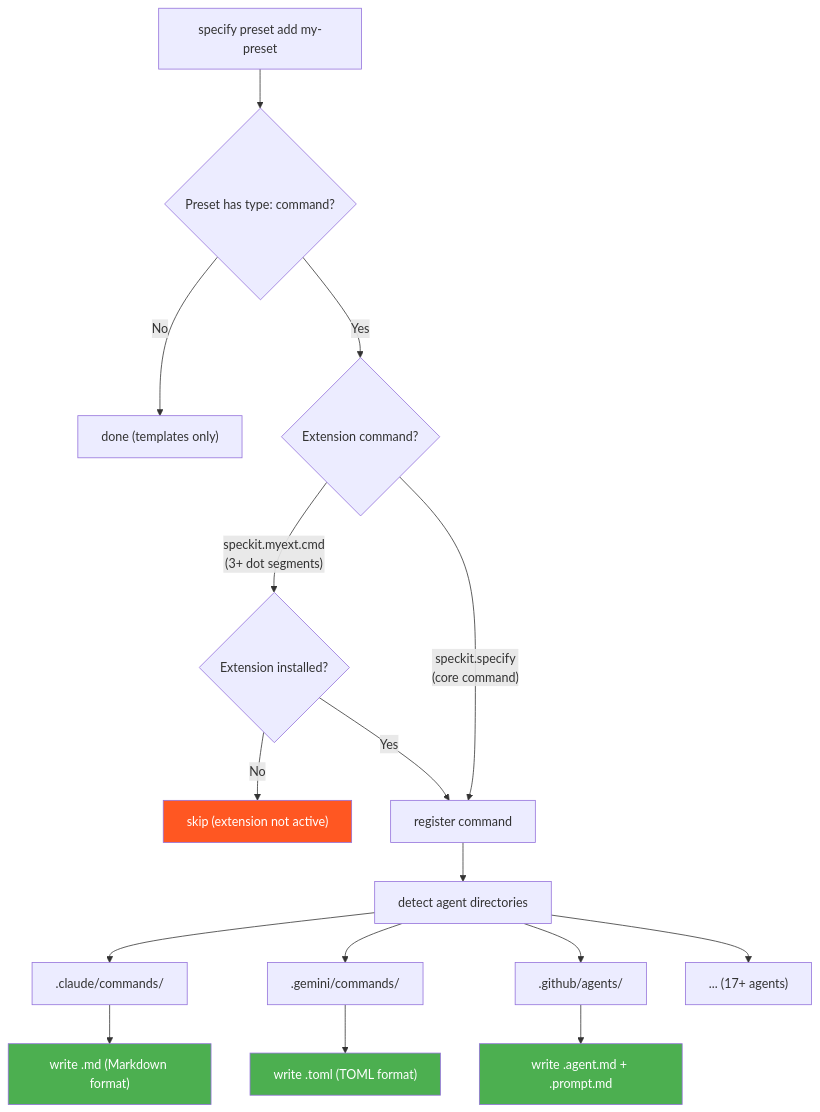
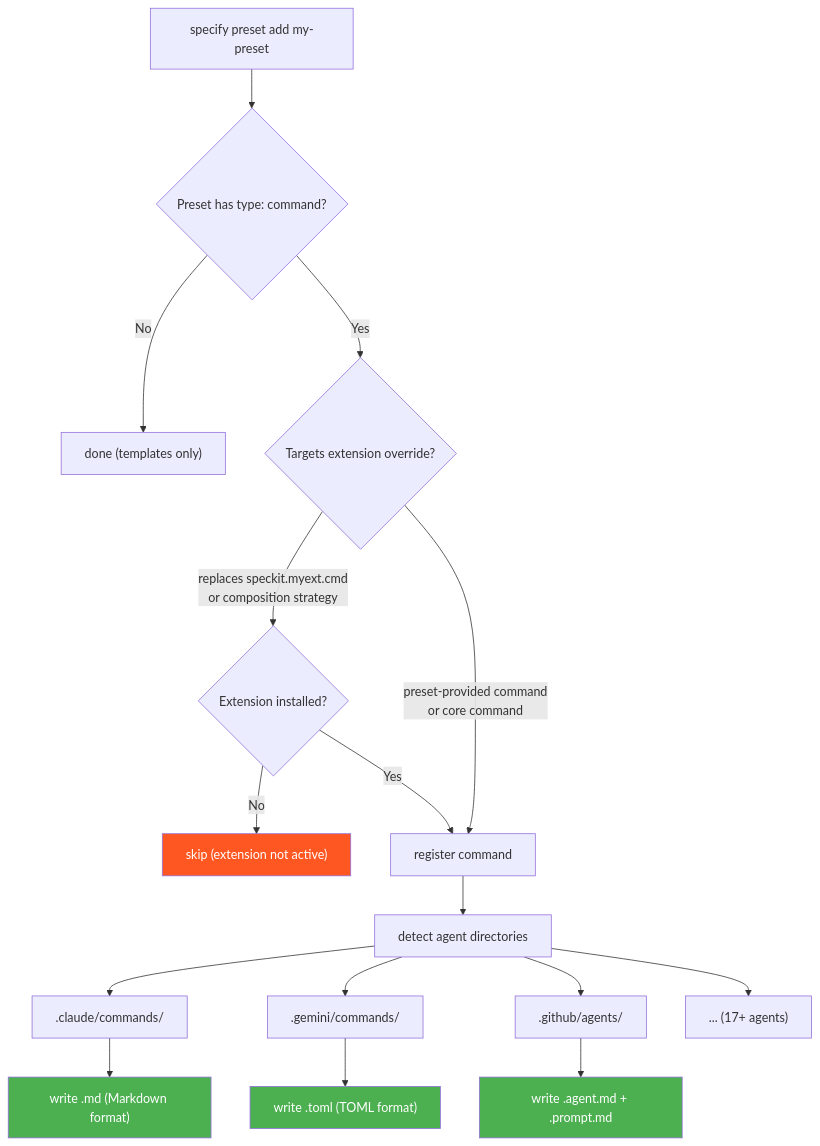
One commit to github/spec-kit changed the second of 3 diagrams in presets/ARCHITECTURE.md. Above: the diagram before and after it, drawn with Mermaid. The commit also changed other lines of this file and 2 other files, not shown here.

Commit message:
fix: register preset-provided namespaced commands

````diff
--- a/presets/ARCHITECTURE.md
+++ b/presets/ARCHITECTURE.md
@@ -66,23 +66,23 @@
 ```mermaid
 flowchart TD
     A["specify preset add my-preset"] --> B{Preset has type: command?}
     B -- No --> Z["done (templates only)"]
-    B -- Yes --> C{Extension command?}
-    C -- "speckit.myext.cmd\n(3+ dot segments)" --> D{Extension installed?}
+    B -- Yes --> C{Targets extension override?}
+    C -- "replaces speckit.myext.cmd\nor composition strategy" --> D{Extension installed?}
     D -- No --> E["skip (extension not active)"]
     D -- Yes --> F["register command"]
-    C -- "speckit.specify\n(core command)" --> F
+    C -- "preset-provided command\nor core command" --> F
     F --> G["detect agent directories"]
     G --> H[".claude/commands/"]
     G --> I[".gemini/commands/"]
     G --> J[".github/agents/"]
     G --> K["... (17+ agents)"]
     H --> L["write .md (Markdown format)"]
     I --> M["write .toml (TOML format)"]
     J --> N["write .agent.md + .prompt.md"]
 
     style E fill:#ff5722,color:#fff
     style L fill:#4caf50,color:#fff
     style M fill:#4caf50,color:#fff
     style N fill:#4caf50,color:#fff
 ```
````
